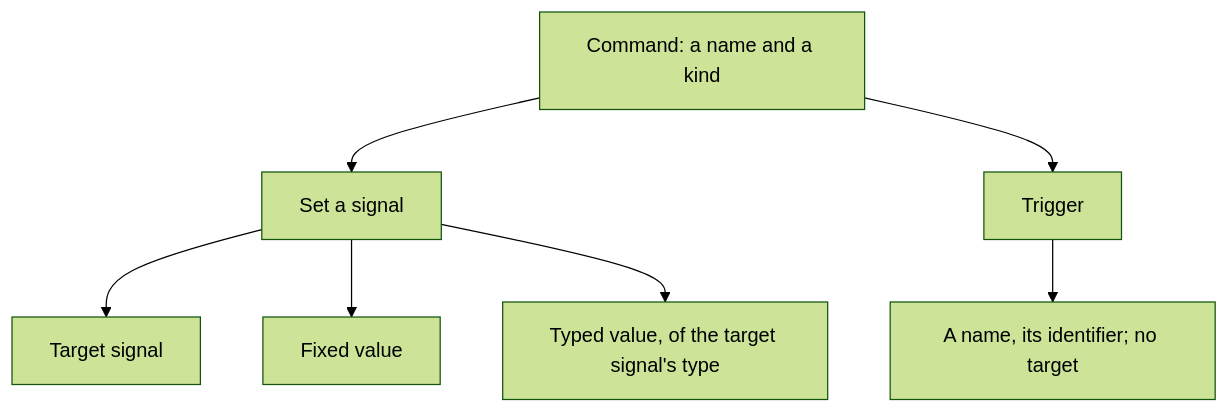
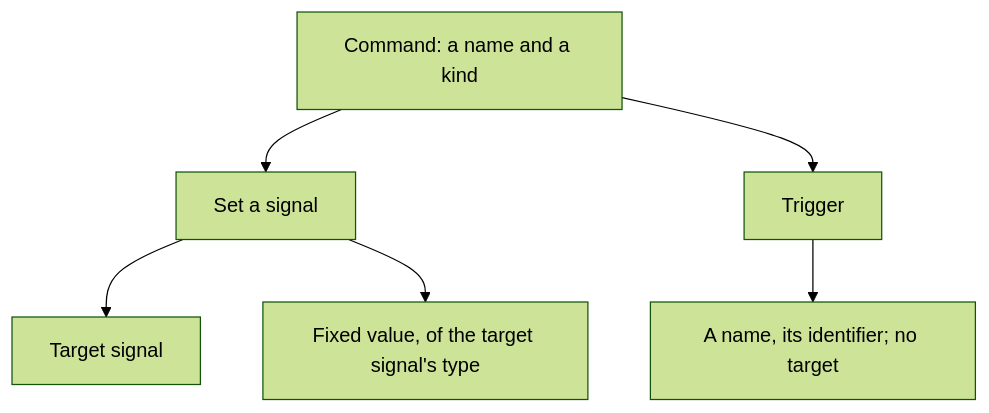
One commit to AlexandreGallais/synoptic-studio-spec changed the first of 3 diagrams in metadata/07-commands.md. Above: the diagram before and after it, drawn with Mermaid (forest theme). The commit also changed other lines of this file and 12 other files, not shown here.

````diff
--- a/metadata/07-commands.md
+++ b/metadata/07-commands.md
@@ -16,9 +16,8 @@
 ```mermaid
 flowchart TD
     C["Command: a name and a kind"] --> S[Set a signal]
     C --> E[Trigger]
     S --> TS[Target signal]
-    S --> F[Fixed value]
-    S --> T["Typed value, of the target signal's type"]
+    S --> F["Fixed value, of the target signal's type"]
     E --> N["A name, its identifier; no target"]
 ```
````
